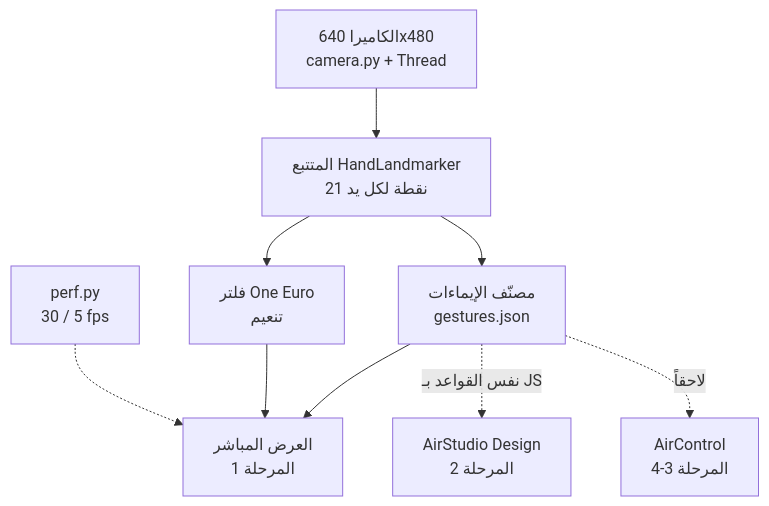
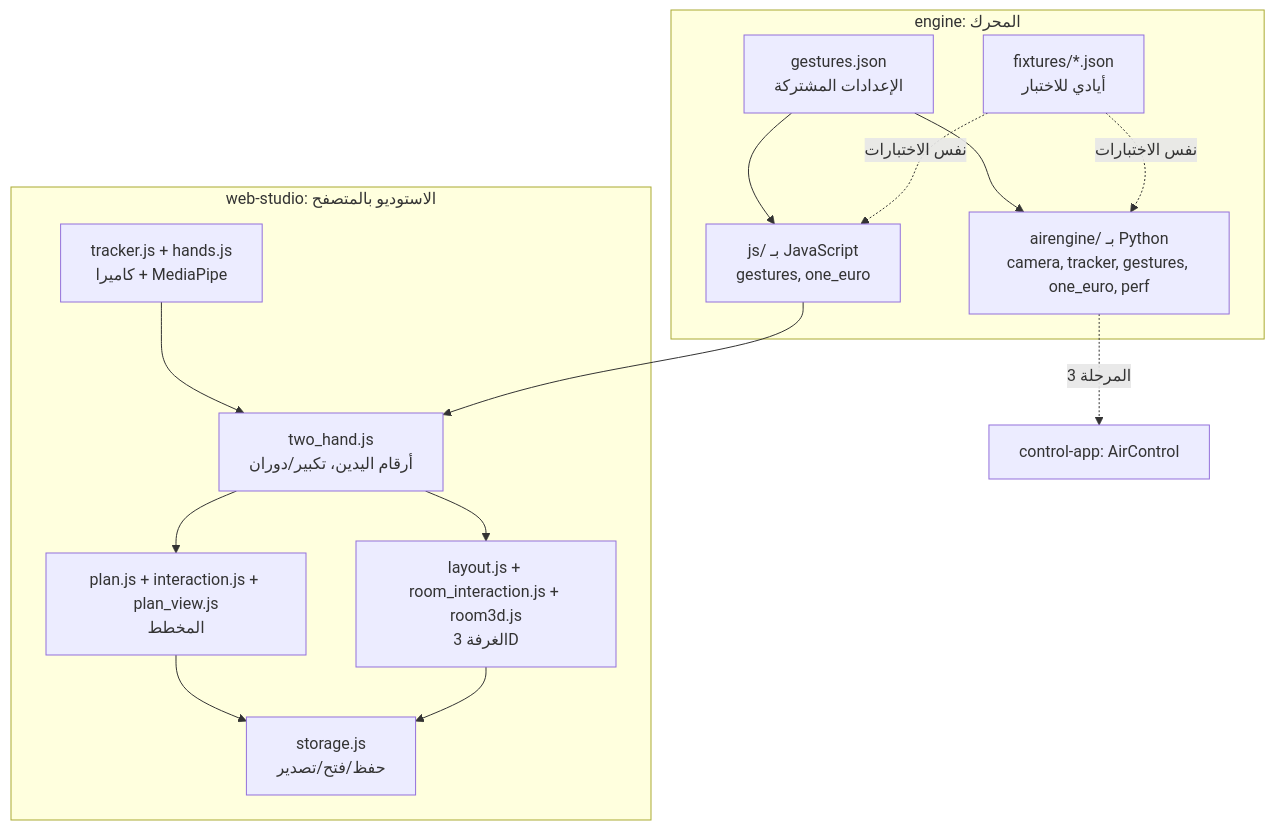
The diagram in docs/learn/00-خريطة-المشروع.md (AliNissr/AirStudio), drawn with Mermaid before and after one commit. The commit also changed other lines of this file and 4 other files, not shown here.

````diff
--- a/docs/learn/00-خريطة-المشروع.md
+++ b/docs/learn/00-خريطة-المشروع.md
@@ -3,11 +3,24 @@
 ```mermaid
 flowchart TD
-    CAM[الكاميرا 640x480<br/>camera.py + Thread] --> TR[المتتبع HandLandmarker<br/>21 نقطة لكل يد]
-    PERF[perf.py<br/>30 / 5 fps] -.-> DEMO
-    TR --> F[فلتر One Euro<br/>تنعيم]
-    TR --> G[مصنّف الإيماءات<br/>gestures.json]
-    G --> DEMO[العرض المباشر<br/>المرحلة 1]
-    F --> DEMO
-    G -. نفس القواعد بـ JS .-> WEB[AirStudio Design<br/>المرحلة 2]
-    G -. لاحقاً .-> CTRL[AirControl<br/>المرحلة 3-4]
+    subgraph ENGINE[engine: المحرك]
+      CFG[gestures.json<br/>الإعدادات المشتركة]
+      FIX[fixtures/*.json<br/>أيادي للاختبار]
+      PY[airengine/ بـ Python<br/>camera, tracker, gestures, one_euro, perf]
+      JS[js/ بـ JavaScript<br/>gestures, one_euro]
+      CFG --> PY & JS
+      FIX -. نفس الاختبارات .-> PY & JS
+    end
+
+    subgraph WEB[web-studio: الاستوديو بالمتصفح]
+      TR[tracker.js + hands.js<br/>كاميرا + MediaPipe]
+      TH[two_hand.js<br/>أرقام اليدين، تكبير/دوران]
+      PLAN[plan.js + interaction.js + plan_view.js<br/>المخطط]
+      ROOM[layout.js + room_interaction.js + room3d.js<br/>الغرفة 3D]
+      ST[storage.js<br/>حفظ/فتح/تصدير]
+      TR --> TH --> PLAN & ROOM
+      PLAN & ROOM --> ST
+    end
+
+    JS --> TH
+    PY -. المرحلة 3 .-> CTRL[control-app: AirControl]
 ```
````
